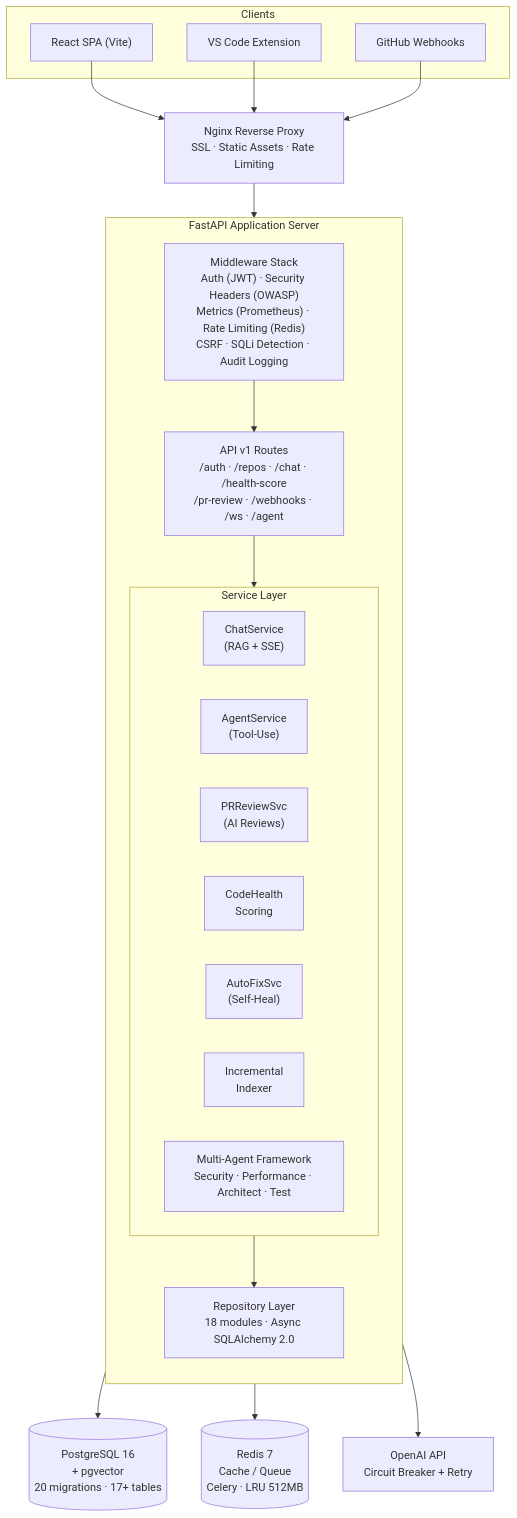
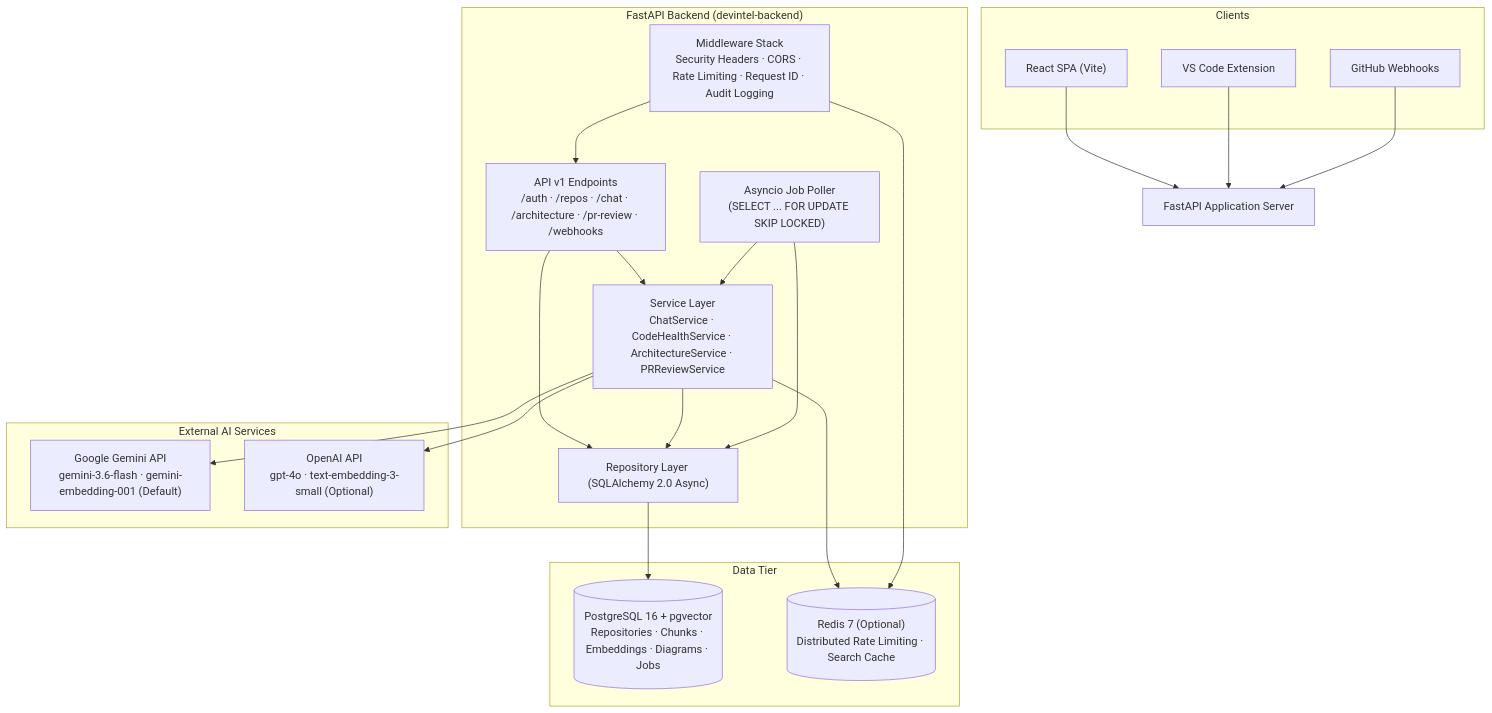
The diagram in README.md (josephkamau32/devintel), drawn with Mermaid before and after one commit. The commit also changed other lines of this file, not shown here.

````diff
--- a/README.md
+++ b/README.md
@@ -113,36 +30,43 @@
 ```mermaid
 graph TD
     subgraph Clients
-        A["React SPA (Vite)"] 
-        B["VS Code Extension"]
-        C["GitHub Webhooks"]
+        FE["React SPA (Vite)"]
+        VSC["VS Code Extension"]
+        GH["GitHub Webhooks"]
     end
 
-    A --> N["Nginx Reverse Proxy<br/>SSL · Static Assets · Rate Limiting"]
-    B --> N
-    C --> N
-    N --> F["FastAPI Application Server"]
+    FE --> API["FastAPI Application Server"]
+    VSC --> API
+    GH --> API
 
-    subgraph F["FastAPI Application Server"]
-        direction TB
-        MW["Middleware Stack<br/>Auth (JWT) · Security Headers (OWASP)<br/>Metrics (Prometheus) · Rate Limiting (Redis)<br/>CSRF · SQLi Detection · Audit Logging"]
-        MW --> ROUTES["API v1 Routes<br/>/auth · /repos · /chat · /health-score<br/>/pr-review · /webhooks · /ws · /agent"]
-        ROUTES --> SVC["Service Layer (24 modules)"]
-        
-        subgraph SVC["Service Layer"]
-            CS["ChatService<br/>(RAG + SSE)"]
-            AS["AgentService<br/>(Tool-Use)"]
-            PR["PRReviewSvc<br/>(AI Reviews)"]
-            CH["CodeHealth<br/>Scoring"]
-            AF["AutoFixSvc<br/>(Self-Heal)"]
-            II["Incremental<br/>Indexer"]
-            MA["Multi-Agent Framework<br/>Security · Performance · Architect · Test"]
-        end
+    subgraph Backend["FastAPI Backend (devintel-backend)"]
+        MW["Middleware Stack<br/>Security Headers · CORS · Rate Limiting · Request ID · Audit Logging"]
+        ROUTES["API v1 Endpoints<br/>/auth · /repos · /chat · /architecture · /pr-review · /webhooks"]
+        SVC["Service Layer<br/>ChatService · CodeHealthService · ArchitectureService · PRReviewService"]
+        POLLER["Asyncio Job Poller<br/>(SELECT ... FOR UPDATE SKIP LOCKED)"]
+        REPO["Repository Layer (SQLAlchemy 2.0 Async)"]
 
-        SVC --> REPO["Repository Layer<br/>18 modules · Async SQLAlchemy 2.0"]
+        MW --> ROUTES
+        ROUTES --> SVC
+        ROUTES --> REPO
+        SVC --> REPO
+        POLLER --> SVC
+        POLLER --> REPO
     end
 
-    REPO --> PG[("PostgreSQL 16<br/>+ pgvector<br/>20 migrations · 17+ tables")]
-    REPO --> RD[("Redis 7<br/>Cache / Queue<br/>Celery · LRU 512MB")]
-    SVC --> OAI["OpenAI API<br/>Circuit Breaker + Retry"]
+    subgraph Storage["Data Tier"]
+        PG[("PostgreSQL 16 + pgvector<br/>Repositories · Chunks · Embeddings · Diagrams · Jobs")]
+        REDIS[("Redis 7 (Optional)<br/>Distributed Rate Limiting · Search Cache")]
+    end
+
+    subgraph AIProviders["External AI Services"]
+        GEMINI["Google Gemini API<br/>gemini-3.6-flash · gemini-embedding-001 (Default)"]
+        OPENAI["OpenAI API<br/>gpt-4o · text-embedding-3-small (Optional)"]
+    end
+
+    REPO --> PG
+    SVC --> REDIS
+    MW --> REDIS
+    SVC --> GEMINI
+    SVC --> OPENAI
 ```
````
